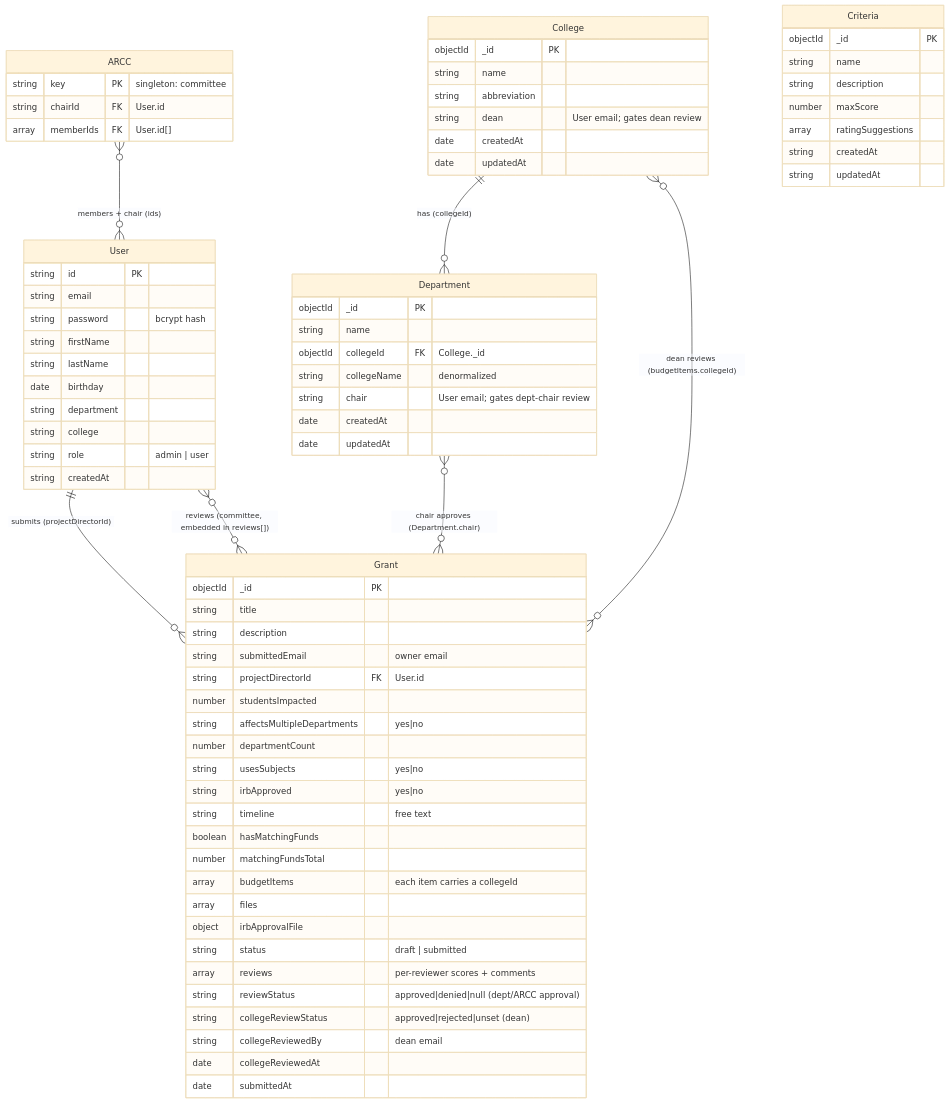
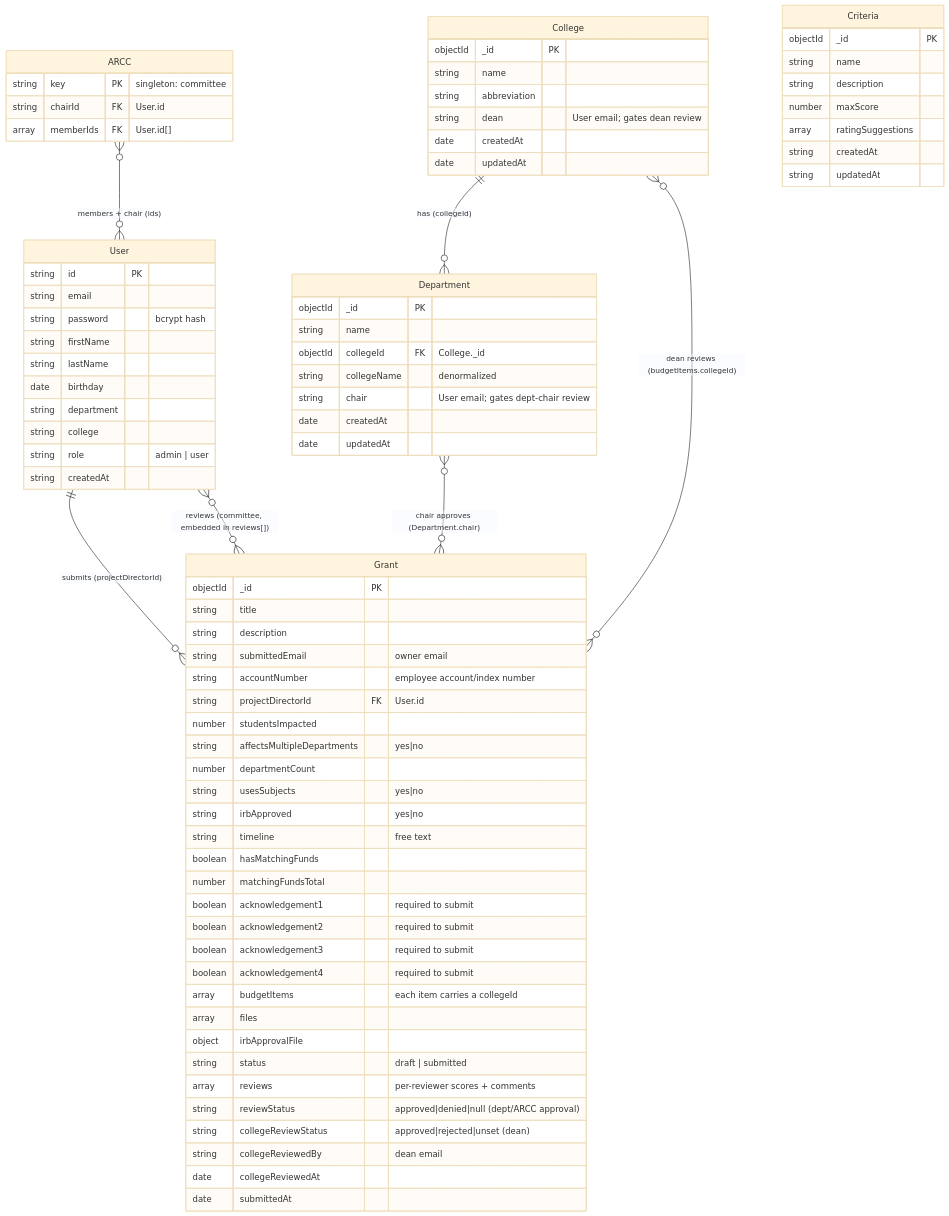
One commit to jayantiacharya/grant-management-system changed the diagram in docs/data-model.md. Above: the diagram before and after it, drawn with Mermaid (base theme). The commit also changed other lines of this file and 4 other files, not shown here.

First line of the commit message:
docs: sync architecture, requirements, data-model for review, dean, and allocation work

```diff
--- a/docs/data-model.md
+++ b/docs/data-model.md
@@ -31,6 +31,7 @@
         string title
         string description
         string submittedEmail "owner email"
+        string accountNumber "employee account/index number"
         string projectDirectorId FK "User.id"
         number studentsImpacted
         string affectsMultipleDepartments "yes|no"
@@ -40,6 +41,10 @@
         string timeline "free text"
         boolean hasMatchingFunds
         number matchingFundsTotal
+        boolean acknowledgement1 "required to submit"
+        boolean acknowledgement2 "required to submit"
+        boolean acknowledgement3 "required to submit"
+        boolean acknowledgement4 "required to submit"
         array budgetItems "each item carries a collegeId"
         array files
         object irbApprovalFile
```
